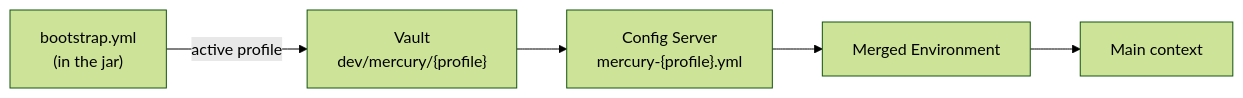
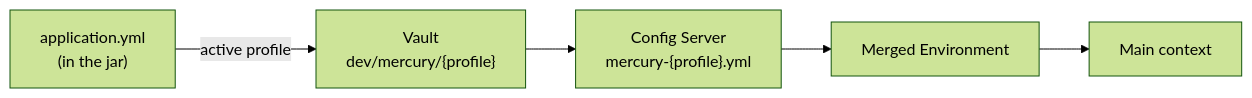
Before and after one commit to um-dev-creative/mercury: the first of 3 diagrams in docs/tec/en/06-environment-configuration.md, drawn with Mermaid (forest theme). The commit also changed other lines of this file and 20 other files, not shown here.

````diff
--- a/docs/tec/en/06-environment-configuration.md
+++ b/docs/tec/en/06-environment-configuration.md
@@ -28,7 +28,7 @@
 ```mermaid
 flowchart LR
-    BY["bootstrap.yml<br/>(in the jar)"] -->|active profile| Vault["Vault<br/>dev/mercury/{profile}"]
+    BY["application.yml<br/>(in the jar)"] -->|active profile| Vault["Vault<br/>dev/mercury/{profile}"]
     Vault --> CS["Config Server<br/>mercury-{profile}.yml"]
     CS --> ENV["Merged Environment"]
     ENV --> APP["Main context"]
 ```
````
